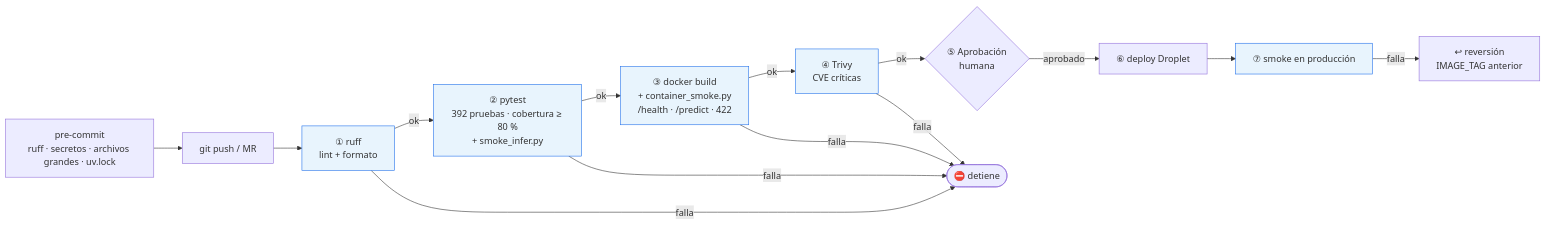
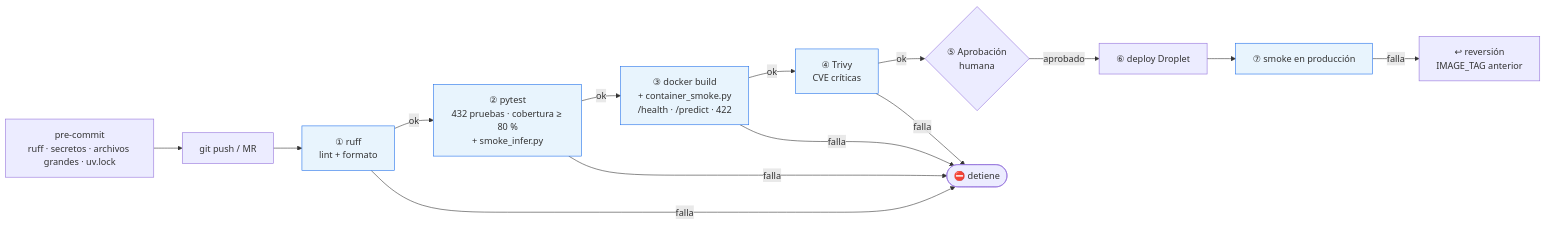
The diagram in docs/arquitectura/diagramas/08-pipeline-cicd.mmd (JulianReneMunoz/Neumonia), drawn with Mermaid before and after one commit. The commit also changed 32 other files, not shown here.

```diff
--- a/docs/arquitectura/diagramas/08-pipeline-cicd.mmd
+++ b/docs/arquitectura/diagramas/08-pipeline-cicd.mmd
@@ -1,17 +1,17 @@
 %% Pipeline CI/CD con compuertas de calidad
 flowchart LR
   pc["pre-commit<br/>ruff · secretos · archivos grandes · uv.lock"] --> push["git push / MR"]
   push --> l["① ruff<br/>lint + formato"]
-  l -->|ok| t["② pytest<br/>392 pruebas · cobertura ≥ 80 %<br/>+ smoke_infer.py"]
+  l -->|ok| t["② pytest<br/>432 pruebas · cobertura ≥ 80 %<br/>+ smoke_infer.py"]
   t -->|ok| b["③ docker build<br/>+ container_smoke.py<br/>/health · /predict · 422"]
   b -->|ok| s["④ Trivy<br/>CVE críticas"]
   s -->|ok| g{"⑤ Aprobación<br/>humana"}
   g -->|aprobado| d["⑥ deploy Droplet"]
   d --> v["⑦ smoke en producción"]
   l -->|falla| x(["⛔ detiene"])
   t -->|falla| x
   b -->|falla| x
   s -->|falla| x
   v -->|falla| rb["↩ reversión<br/>IMAGE_TAG anterior"]
   classDef gate fill:#e8f4fd,stroke:#1f6feb;
   class l,t,b,s,v gate;
```
